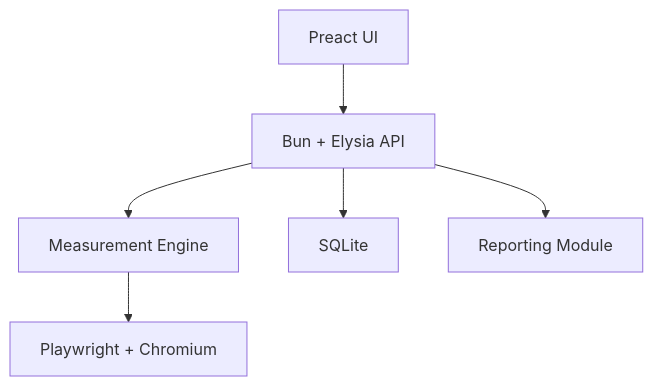
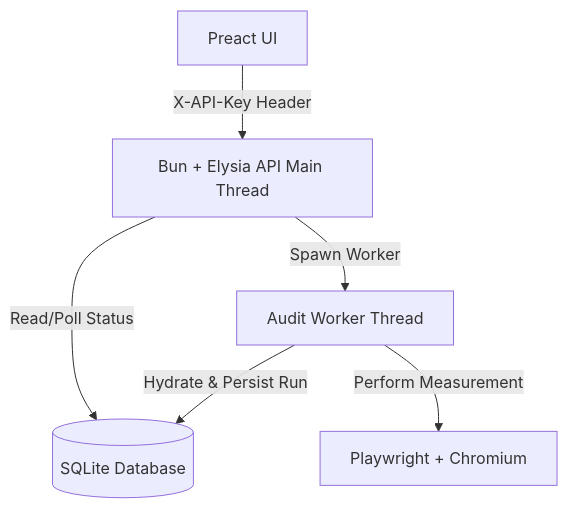
Before and after one commit to MasterKN48/inpDebugger: the second of 2 diagrams in README.md, drawn with Mermaid. The commit also changed other lines of this file and 1 other file, not shown here.

Commit message:
docs: update project architecture with multi-threaded audit workers, production security hardening, and branding enhancements

````diff
--- a/README.md
+++ b/README.md
@@ -993,8 +998,8 @@
 ```mermaid
 flowchart TD
-    UI[Preact UI] --> API[Bun + Elysia API]
-    API --> ME[Measurement Engine]
-    ME --> CH[Playwright + Chromium]
-    API --> DB[SQLite]
-    API --> REP[Reporting Module]
+    UI[Preact UI] -- X-API-Key Header --> API[Bun + Elysia API Main Thread]
+    API -- Read/Poll Status --> DB[(SQLite Database)]
+    API -- Spawn Worker --> W[Audit Worker Thread]
+    W -- Perform Measurement --> CH[Playwright + Chromium]
+    W -- Hydrate & Persist Run --> DB
 ```
````
